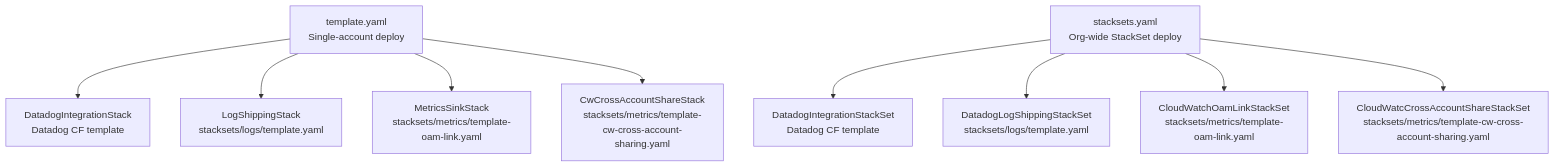
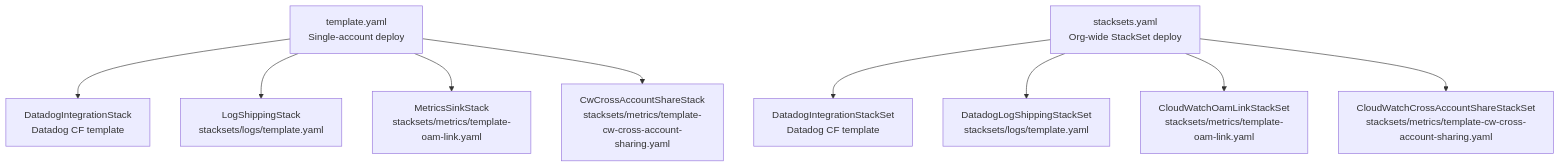
One commit to ServerlessOpsIO/aws-datadog-integration changed the first of 2 diagrams in README.md. Above: the diagram before and after it, drawn with Mermaid. The commit also changed other lines of this file, not shown here.

````diff
--- a/README.md
+++ b/README.md
@@ -55,12 +81,12 @@
 ```mermaid
 graph TD
     A[template.yaml\nSingle-account deploy] --> B[DatadogIntegrationStack\nDatadog CF template]
     A --> C[LogShippingStack\nstacksets/logs/template.yaml]
     A --> D[MetricsSinkStack\nstacksets/metrics/template-oam-link.yaml]
     A --> E[CwCrossAccountShareStack\nstacksets/metrics/template-cw-cross-account-sharing.yaml]
 
     F[stacksets.yaml\nOrg-wide StackSet deploy] --> G[DatadogIntegrationStackSet\nDatadog CF template]
     F --> H[DatadogLogShippingStackSet\nstacksets/logs/template.yaml]
     F --> I[CloudWatchOamLinkStackSet\nstacksets/metrics/template-oam-link.yaml]
-    F --> J[CloudWatcCrossAccountShareStackSet\nstacksets/metrics/template-cw-cross-account-sharing.yaml]
+    F --> J[CloudWatchCrossAccountShareStackSet\nstacksets/metrics/template-cw-cross-account-sharing.yaml]
 ```
````
